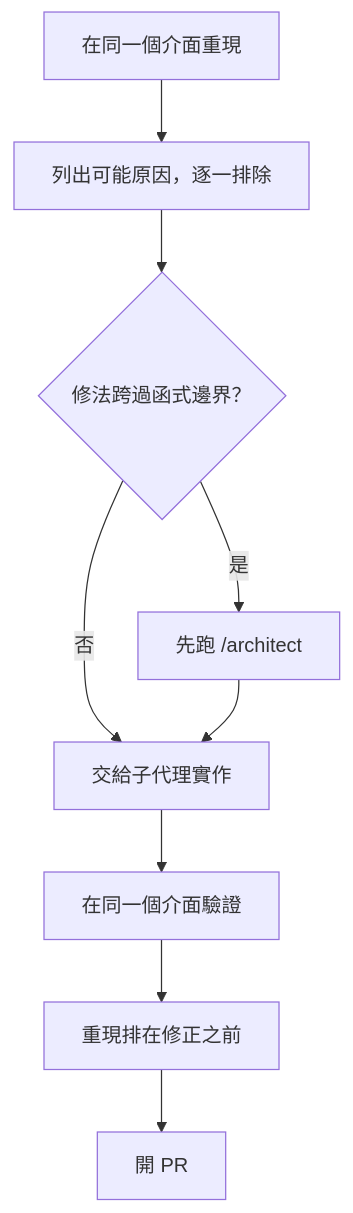
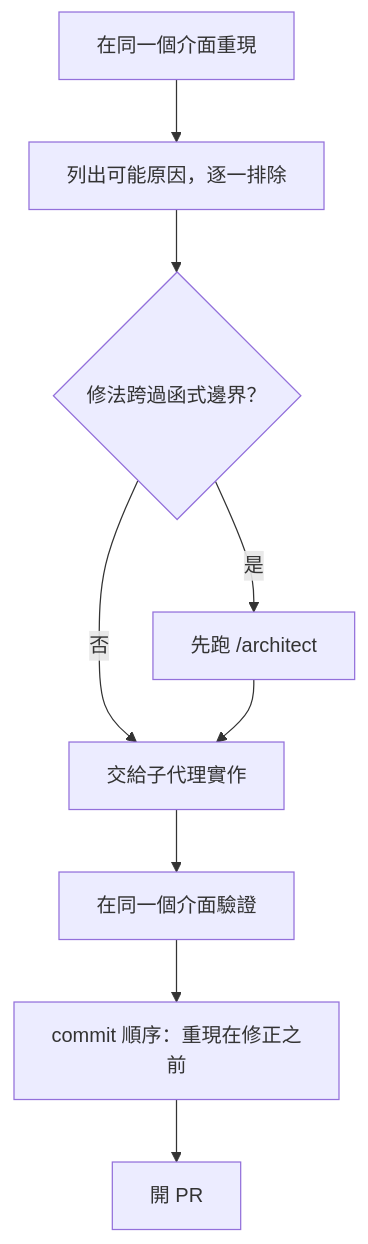
Before and after one commit to justmaocom/justmaocom.github.io: the first of 5 diagrams in _posts/2026-10-31-pstack-build-verify-merge.md, drawn with Mermaid. The commit also changed 18 other files, not shown here.

````diff
--- a/_posts/2026-10-31-pstack-build-verify-merge.md
+++ b/_posts/2026-10-31-pstack-build-verify-merge.md
@@ -94,11 +94,11 @@
 ```mermaid
 flowchart TD
   A[在同一個介面重現] --> B[列出可能原因，逐一排除]
   B --> C{修法跨過函式邊界？}
   C -->|是| D["先跑 /architect"]
   C -->|否| E[交給子代理實作]
   D --> E
   E --> F[在同一個介面驗證]
-  F --> G[重現排在修正之前]
+  F --> G["commit 順序：重現在修正之前"]
   G --> H[開 PR]
 ```
````
